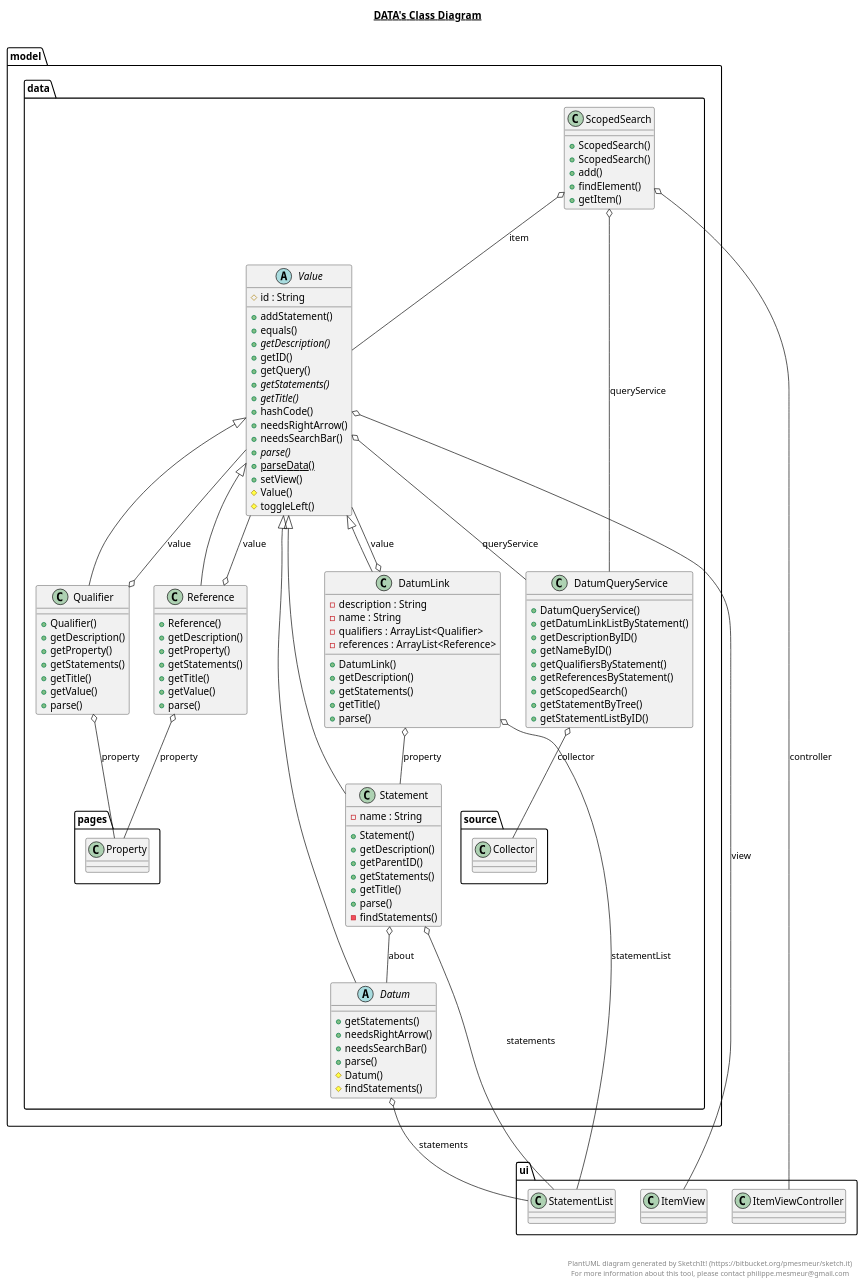
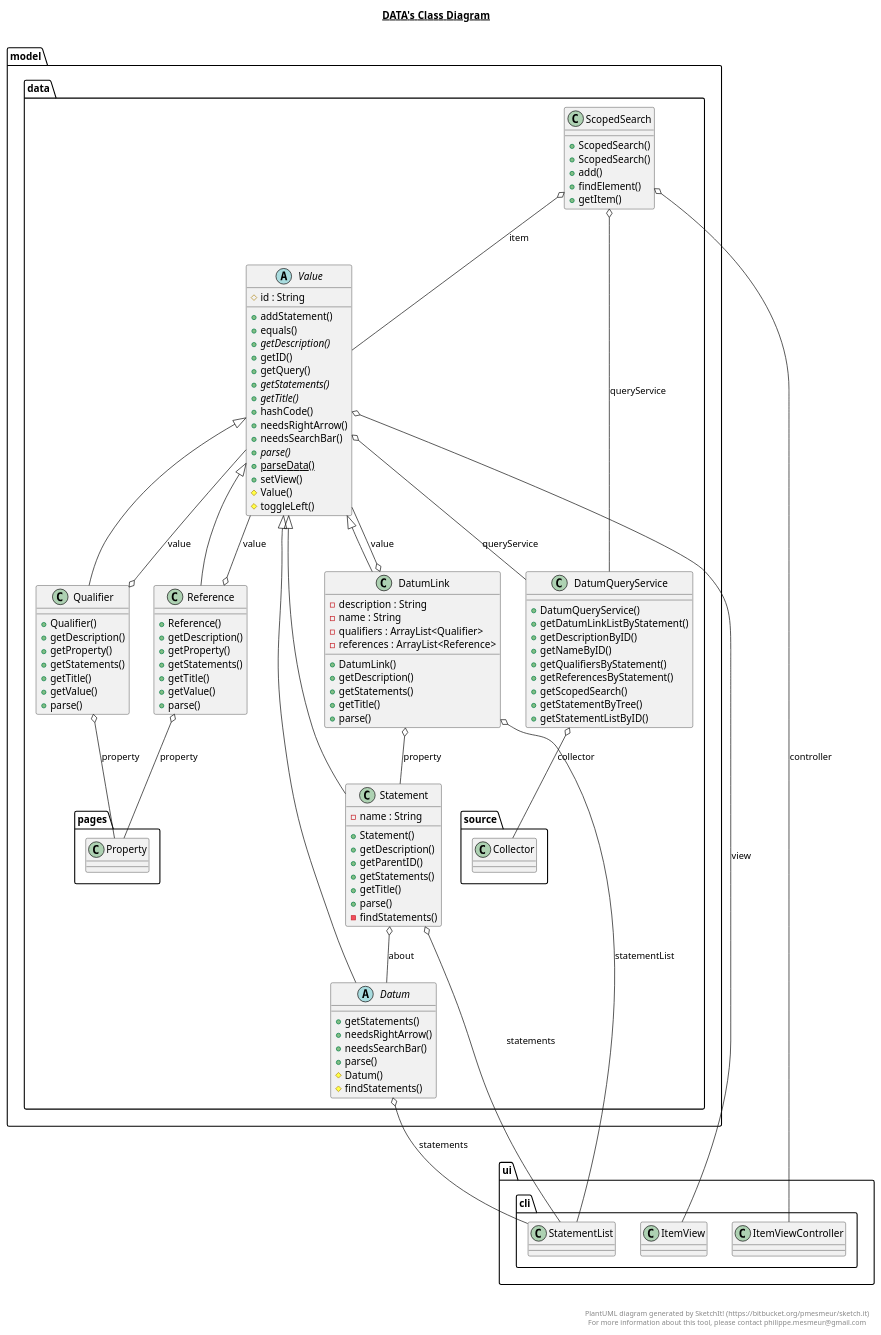
The diagram in src/main/model/data/data.plantuml (Bryce-MW/WikidataExplorer), drawn with PlantUML before and after one commit. The commit also changed 45 other files, not shown here.

Commit message:
Refactor of CLI related items into a cli package in preparation for the move to graphics based

```diff
--- a/src/main/model/data/data.plantuml
+++ b/src/main/model/data/data.plantuml
@@ -1,150 +1,150 @@
 @startuml
 
 title __DATA's Class Diagram__\n
 
   namespace model.data {
     abstract class model.data.Datum {
         + getStatements()
         + needsRightArrow()
         + needsSearchBar()
         + parse()
         # Datum()
         # findStatements()
     }
   }
   
 
   namespace model.data {
     class model.data.DatumLink {
         - description : String
         - name : String
         - qualifiers : ArrayList<Qualifier>
         - references : ArrayList<Reference>
         + DatumLink()
         + getDescription()
         + getStatements()
         + getTitle()
         + parse()
     }
   }
   
 
   namespace model.data {
     class model.data.DatumQueryService {
         + DatumQueryService()
         + getDatumLinkListByStatement()
         + getDescriptionByID()
         + getNameByID()
         + getQualifiersByStatement()
         + getReferencesByStatement()
         + getScopedSearch()
         + getStatementByTree()
         + getStatementListByID()
     }
   }
   
 
   namespace model.data {
     class model.data.Qualifier {
         + Qualifier()
         + getDescription()
         + getProperty()
         + getStatements()
         + getTitle()
         + getValue()
         + parse()
     }
   }
   
 
   namespace model.data {
     class model.data.Reference {
         + Reference()
         + getDescription()
         + getProperty()
         + getStatements()
         + getTitle()
         + getValue()
         + parse()
     }
   }
   
 
   namespace model.data {
     class model.data.ScopedSearch {
         + ScopedSearch()
         + ScopedSearch()
         + add()
         + findElement()
         + getItem()
     }
   }
   
 
   namespace model.data {
     class model.data.Statement {
         - name : String
         + Statement()
         + getDescription()
         + getParentID()
         + getStatements()
         + getTitle()
         + parse()
         - findStatements()
     }
   }
   
 
   namespace model.data {
     abstract class model.data.Value {
         # id : String
         + addStatement()
         + equals()
         {abstract} + getDescription()
         + getID()
         + getQuery()
         {abstract} + getStatements()
         {abstract} + getTitle()
         + hashCode()
         + needsRightArrow()
         + needsSearchBar()
         {abstract} + parse()
         {static} + parseData()
         + setView()
         # Value()
         # toggleLeft()
     }
   }
   
 
   model.data.Datum -up-|> model.data.Value
-  model.data.Datum o-- ui.StatementList : statements
+  model.data.Datum o-- ui.cli.StatementList : statements
   model.data.DatumLink -up-|> model.data.Value
   model.data.DatumLink o-- model.data.Statement : property
-  model.data.DatumLink o-- ui.StatementList : statementList
+  model.data.DatumLink o-- ui.cli.StatementList : statementList
   model.data.DatumLink o-- model.data.Value : value
   model.data.DatumQueryService o-- model.data.source.Collector : collector
   model.data.Qualifier -up-|> model.data.Value
   model.data.Qualifier o-- model.data.pages.Property : property
   model.data.Qualifier o-- model.data.Value : value
   model.data.Reference -up-|> model.data.Value
   model.data.Reference o-- model.data.pages.Property : property
   model.data.Reference o-- model.data.Value : value
-  model.data.ScopedSearch o-- ui.ItemViewController : controller
+  model.data.ScopedSearch o-- ui.cli.ItemViewController : controller
   model.data.ScopedSearch o-- model.data.Value : item
   model.data.ScopedSearch o-- model.data.DatumQueryService : queryService
   model.data.Statement -up-|> model.data.Value
   model.data.Statement o-- model.data.Datum : about
-  model.data.Statement o-- ui.StatementList : statements
+  model.data.Statement o-- ui.cli.StatementList : statements
   model.data.Value o-- model.data.DatumQueryService : queryService
-  model.data.Value o-- ui.ItemView : view
+  model.data.Value o-- ui.cli.ItemView : view
 
 
 right footer
 
 
 PlantUML diagram generated by SketchIt! (https://bitbucket.org/pmesmeur/sketch.it)
 For more information about this tool, please contact philippe.mesmeur@gmail.com
 endfooter
 
 @enduml
```
